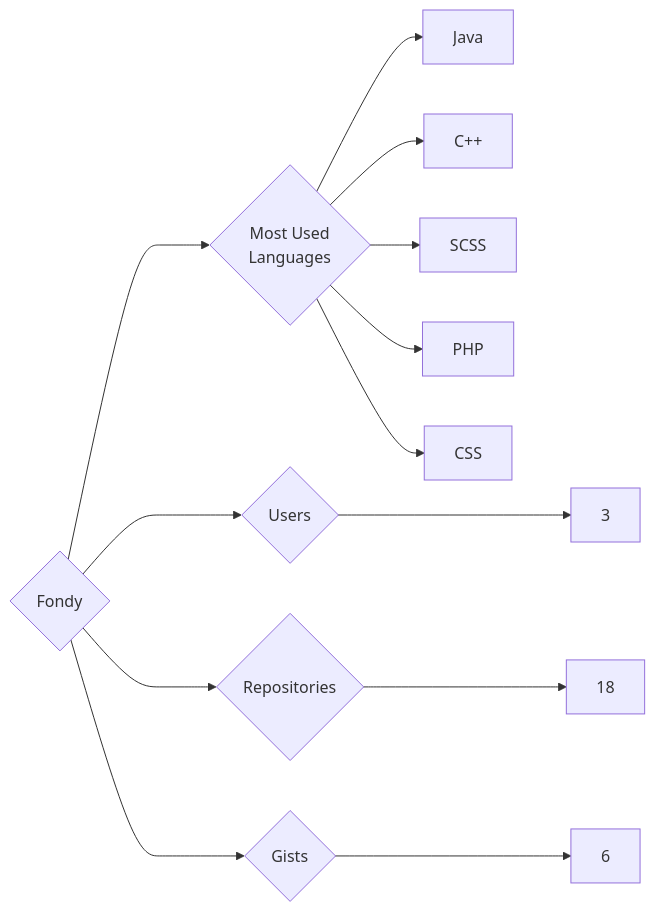
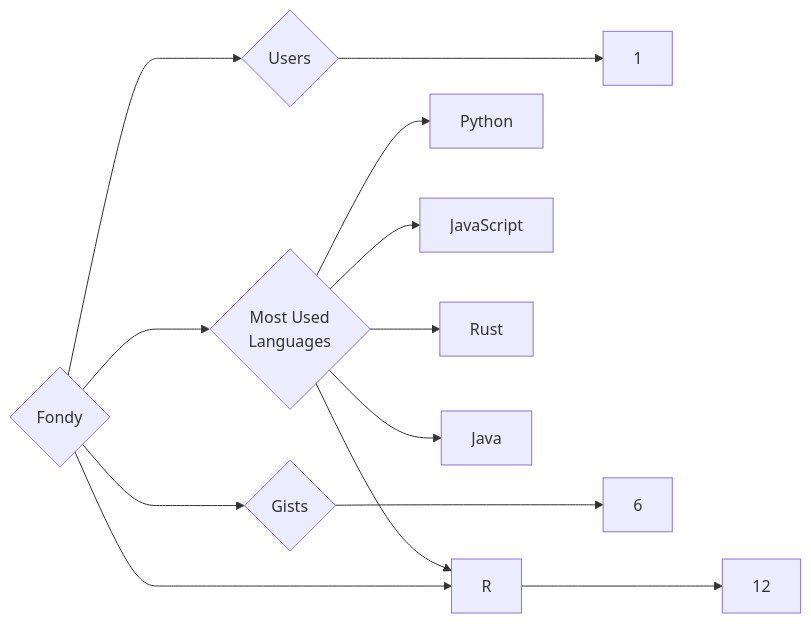
One commit to trickest/insiders changed the diagram in targets/Fondy/README.md. Above: the diagram before and after it, drawn with Mermaid. The commit also changed 1055 other files, not shown here.

````diff
--- a/targets/Fondy/README.md
+++ b/targets/Fondy/README.md
@@ -3,13 +3,13 @@
 ```mermaid
 graph LR
 COMPANY_NAME{Fondy}
-COMPANY_NAME ---> U{Users} ---> UN[3]
-COMPANY_NAME ---> R{Repositories} ---> RN[18]
+COMPANY_NAME ---> U{Users} ---> UN[1]
+COMPANY_NAME ---> R{Repositories} ---> RN[12]
 COMPANY_NAME ---> G{Gists} ---> GN[6]
 COMPANY_NAME ---> ML{Most Used<br>Languages}
+ML --> Python[Python]
+ML --> JavaScript[JavaScript]
+ML --> Rust[Rust]
+ML --> R[R]
 ML --> Java[Java]
-ML --> C++[C++]
-ML --> SCSS[SCSS]
-ML --> PHP[PHP]
-ML --> CSS[CSS]
 ```
````
